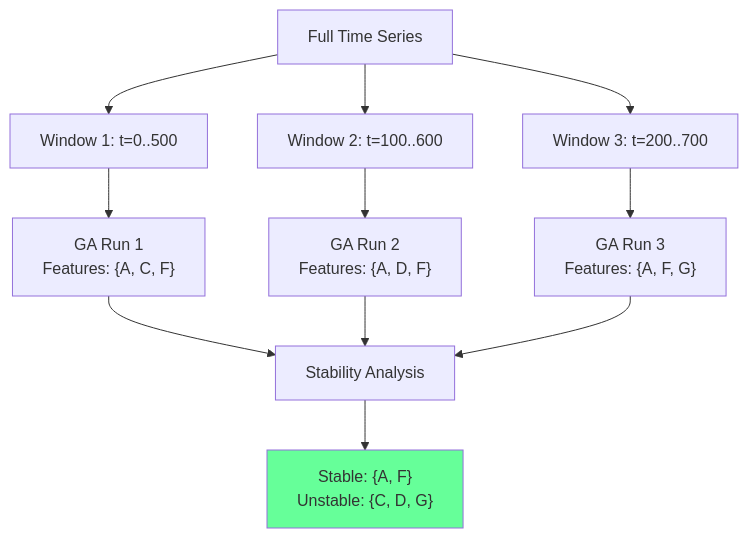
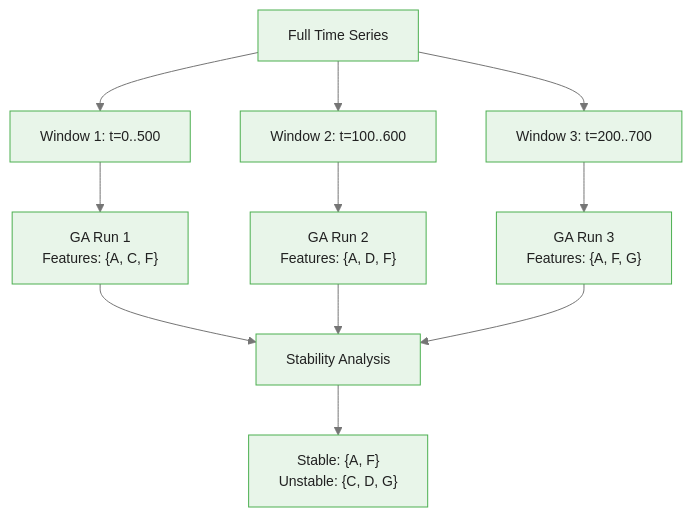
The second of 3 diagrams in courses/genetic-algorithms-feature-selection/modules/module_03_time_series/guides/01_timeseries_considerations_slides.md (m-deane/course-creator), drawn with Mermaid before and after one commit. The commit also changed other lines of this file and 52 other files, not shown here.

````diff
--- a/courses/genetic-algorithms-feature-selection/modules/module_03_time_series/guides/01_timeseries_considerations_slides.md
+++ b/courses/genetic-algorithms-feature-selection/modules/module_03_time_series/guides/01_timeseries_considerations_slides.md
@@ -166,14 +163,14 @@
 ```mermaid
+%%{init: {"theme": "base", "themeVariables": {"primaryColor": "#e8f5e9", "primaryBorderColor": "#4caf50", "primaryTextColor": "#212121", "secondaryColor": "#e3f2fd", "tertiaryColor": "#fff8e1", "lineColor": "#757575", "fontFamily": "Inter, sans-serif", "fontSize": "14px"}}}%%
 flowchart TD
     A[Full Time Series] --> B["Window 1: t=0..500"]
     A --> C["Window 2: t=100..600"]
     A --> D["Window 3: t=200..700"]
     B --> E["GA Run 1<br/>Features: {A, C, F}"]
     C --> F["GA Run 2<br/>Features: {A, D, F}"]
     D --> G["GA Run 3<br/>Features: {A, F, G}"]
     E --> H["Stability Analysis"]
     F --> H
     G --> H
     H --> I["Stable: {A, F}<br/>Unstable: {C, D, G}"]
-    style I fill:#6f9
 ```
````
